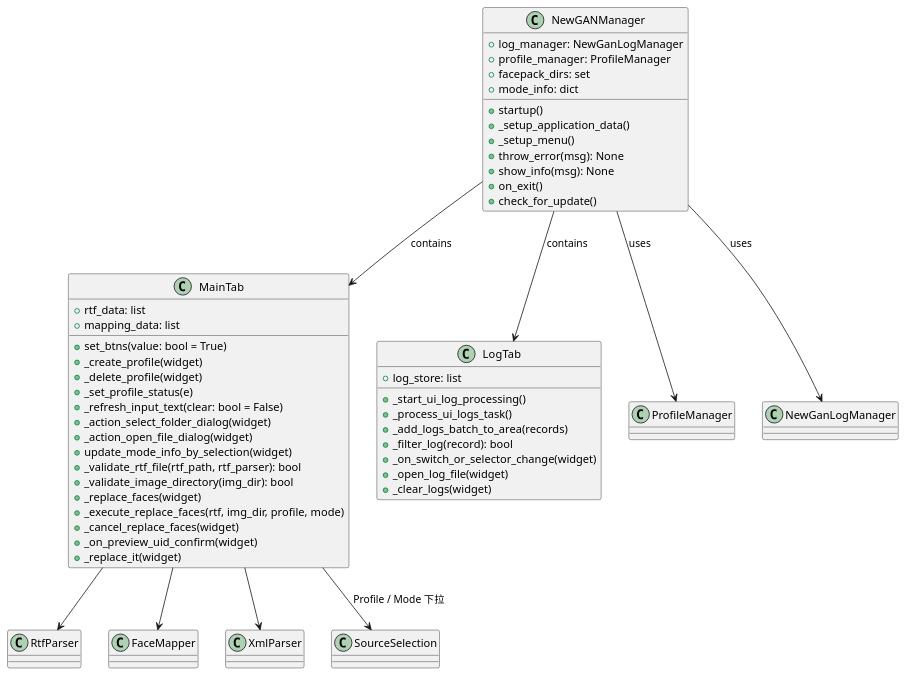
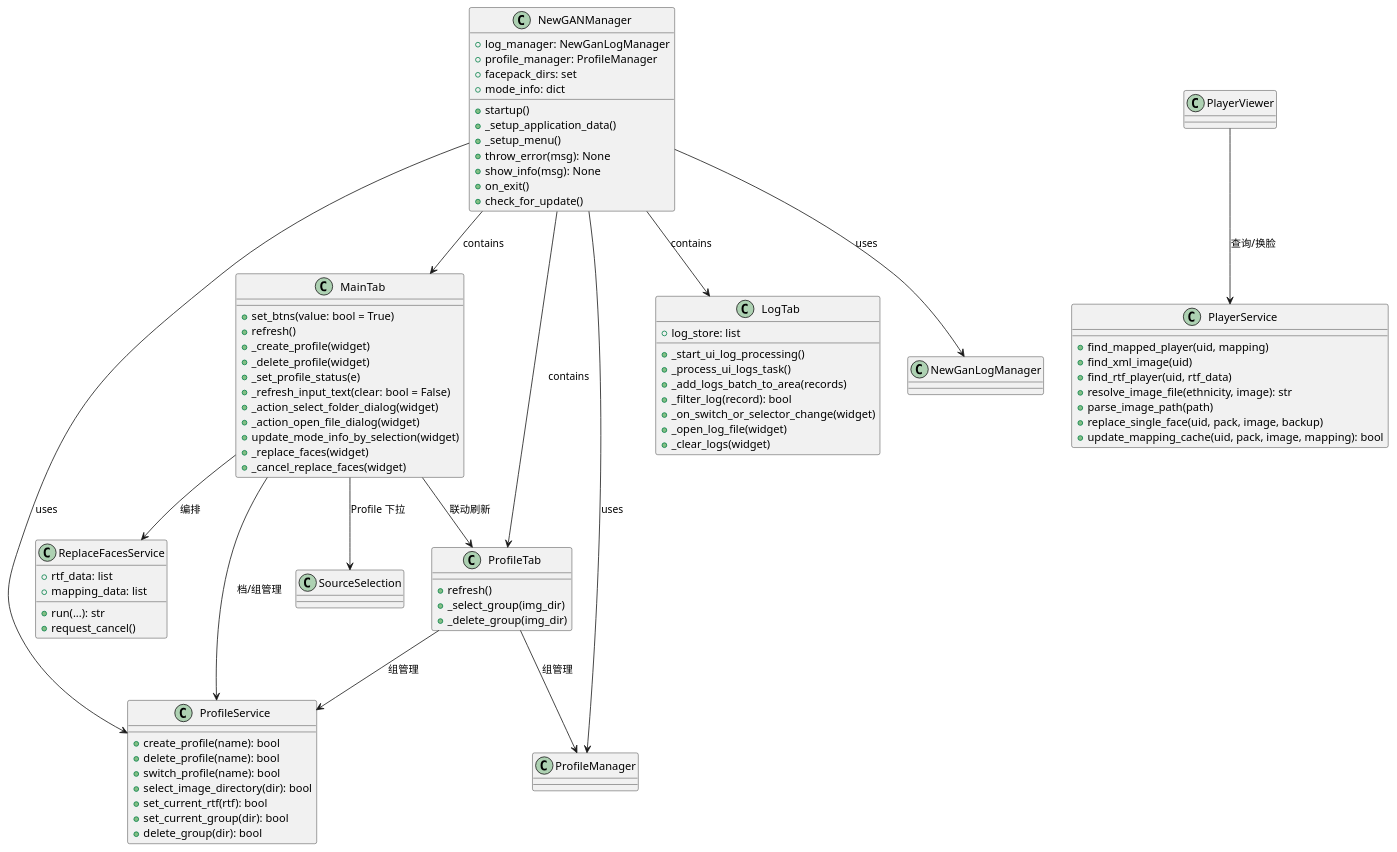
Before and after one commit to huangzhanhao/NewGAN-Manager-ByHzH: the second of 2 diagrams in docs/ARCHITECTURE.md, drawn with PlantUML. The commit also changed other lines of this file and 18 other files, not shown here.

````diff
--- a/docs/ARCHITECTURE.md
+++ b/docs/ARCHITECTURE.md
@@ -240,9 +275,8 @@
 }
 
 class MainTab {
-  +rtf_data: list
-  +mapping_data: list
   +set_btns(value: bool = True)
+  +refresh()
   +_create_profile(widget)
   +_delete_profile(widget)
   +_set_profile_status(e)
@@ -250,13 +284,14 @@
   +_action_select_folder_dialog(widget)
   +_action_open_file_dialog(widget)
   +update_mode_info_by_selection(widget)
-  +_validate_rtf_file(rtf_path, rtf_parser): bool
-  +_validate_image_directory(img_dir): bool
   +_replace_faces(widget)
-  +_execute_replace_faces(rtf, img_dir, profile, mode)
   +_cancel_replace_faces(widget)
-  +_on_preview_uid_confirm(widget)
-  +_replace_it(widget)
+}
+
+class ProfileTab {
+  +refresh()
+  +_select_group(img_dir)
+  +_delete_group(img_dir)
 }
 
 class LogTab {
@@ -270,13 +305,45 @@
   +_clear_logs(widget)
 }
 
+class ReplaceFacesService {
+  +rtf_data: list
+  +mapping_data: list
+  +run(...): str
+  +request_cancel()
+}
+
+class ProfileService {
+  +create_profile(name): bool
+  +delete_profile(name): bool
+  +switch_profile(name): bool
+  +select_image_directory(dir): bool
+  +set_current_rtf(rtf): bool
+  +set_current_group(dir): bool
+  +delete_group(dir): bool
+}
+
+class PlayerService {
+  +find_mapped_player(uid, mapping)
+  +find_xml_image(uid)
+  +find_rtf_player(uid, rtf_data)
+  +resolve_image_file(ethnicity, image): str
+  +parse_image_path(path)
+  +replace_single_face(uid, pack, image, backup)
+  +update_mapping_cache(uid, pack, image, mapping): bool
+}
+
 NewGANManager --> MainTab : contains
+NewGANManager --> ProfileTab : contains
 NewGANManager --> LogTab : contains
 NewGANManager --> ProfileManager : uses
+NewGANManager --> ProfileService : uses
 NewGANManager --> NewGanLogManager : uses
-MainTab --> RtfParser
-MainTab --> FaceMapper
-MainTab --> XmlParser
-MainTab --> SourceSelection : Profile / Mode 下拉
+MainTab --> ReplaceFacesService : 编排
+MainTab --> ProfileService : 档/组管理
+MainTab --> ProfileTab : 联动刷新
+MainTab --> SourceSelection : Profile 下拉
+ProfileTab --> ProfileService : 组管理
+ProfileTab --> ProfileManager : 组管理
+PlayerViewer --> PlayerService : 查询/换脸
 @enduml
 ```
````
